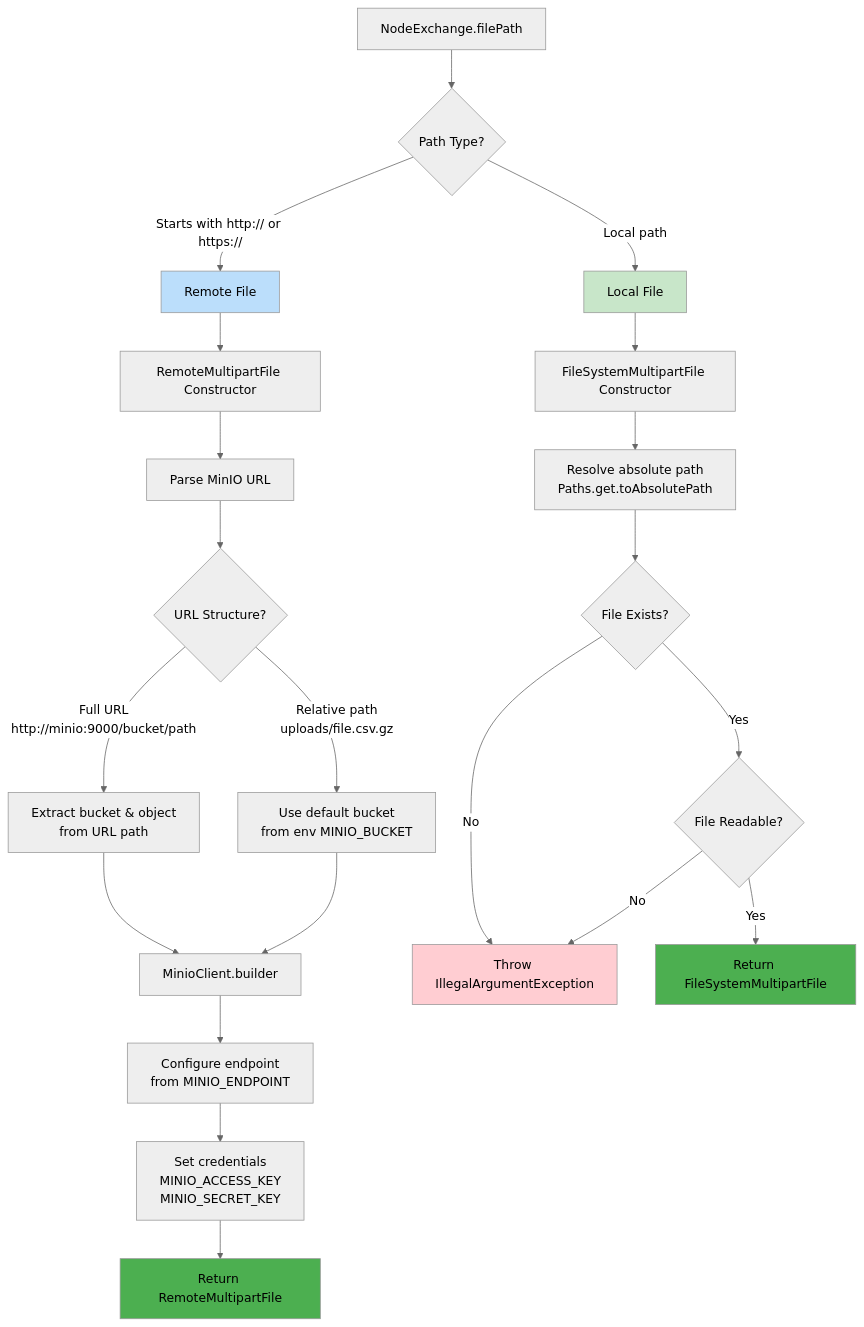
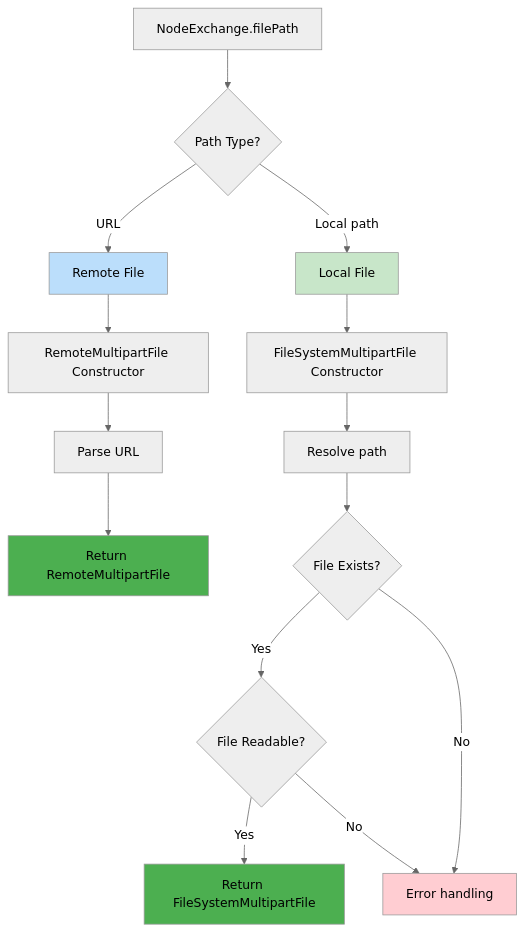
Diagram 17 of 27 in docs/Low Level Designs/NodesImport.md (kagit00/schedule_x), drawn with Mermaid (neutral theme) before and after one commit. The commit also changed other lines of this file and 7 other files, not shown here.

````diff
--- a/docs/Low Level Designs/NodesImport.md
+++ b/docs/Low Level Designs/NodesImport.md
@@ -874,38 +746,28 @@
 ```mermaid
 flowchart TD
     A[NodeExchange.filePath] --> B{Path Type?}
     
-    B -->|Starts with http:// or https://| C[Remote File]
+    B -->|URL| C[Remote File]
     B -->|Local path| D[Local File]
     
     C --> E[RemoteMultipartFile Constructor]
-    E --> F[Parse MinIO URL]
-    F --> G{URL Structure?}
-    
-    G -->|Full URL<br/>http://minio:9000/bucket/path| H[Extract bucket & object<br/>from URL path]
-    G -->|Relative path<br/>uploads/file.csv.gz| I[Use default bucket<br/>from env MINIO_BUCKET]
-    
-    H --> J[MinioClient.builder]
-    I --> J
-    
-    J --> K[Configure endpoint<br/>from MINIO_ENDPOINT]
-    K --> L[Set credentials<br/>MINIO_ACCESS_KEY<br/>MINIO_SECRET_KEY]
+    E --> F[Parse URL]
     
     D --> M[FileSystemMultipartFile Constructor]
-    M --> N[Resolve absolute path<br/>Paths.get.toAbsolutePath]
+    M --> N[Resolve path]
     N --> O{File Exists?}
     
     O -->|Yes| P{File Readable?}
-    O -->|No| Q[Throw IllegalArgumentException]
+    O -->|No| Q[Error handling]
     
     P -->|Yes| R[Return FileSystemMultipartFile]
     P -->|No| Q
     
-    L --> S[Return RemoteMultipartFile]
+    F --> S[Return RemoteMultipartFile]
     
     style C fill:#BBDEFB
     style D fill:#C8E6C9
     style Q fill:#FFCDD2
     style R fill:#4CAF50
     style S fill:#4CAF50
 ```
````
